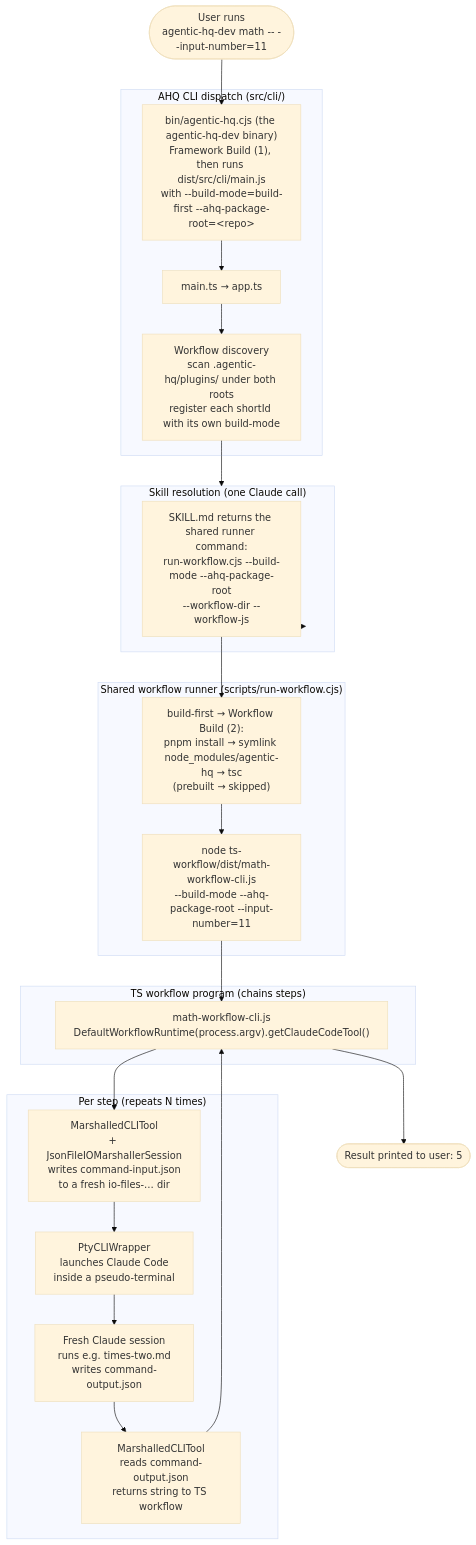
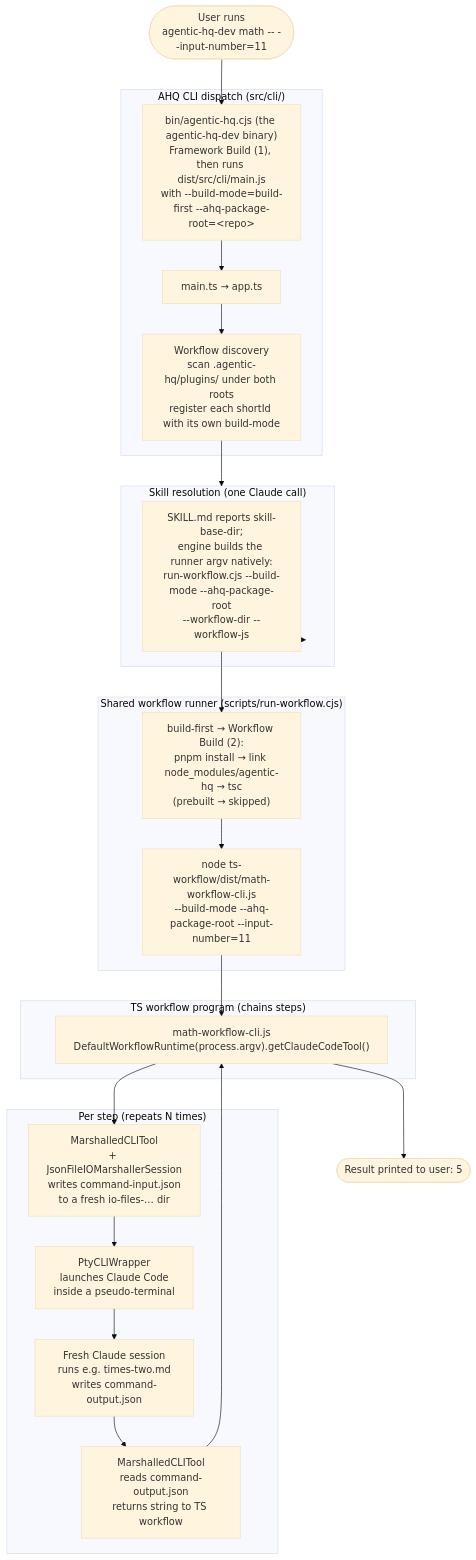
Before and after one commit to Agentic-HQ/agentic-hq: the diagram in docs/dev/how-agentic-hq-works.md, drawn with Mermaid (base theme). The commit also changed other lines of this file and 109 other files, not shown here.

````diff
--- a/docs/dev/how-agentic-hq-works.md
+++ b/docs/dev/how-agentic-hq-works.md
@@ -27,35 +27,35 @@
 ```mermaid
 flowchart TB
     User([User runs<br/>agentic-hq-dev math -- --input-number=11])
 
     subgraph CLI["AHQ CLI dispatch (src/cli/)"]
         Bin["bin/agentic-hq.cjs (the agentic-hq-dev binary)<br/>Framework Build (1), then runs dist/src/cli/main.js<br/>with --build-mode=build-first --ahq-package-root=&lt;repo&gt;"]
         Main[main.ts → app.ts]
         Discovery["Workflow discovery<br/>scan .agentic-hq/plugins/ under both roots<br/>register each shortId with its own build-mode"]
     end
 
     subgraph Resolve["Skill resolution (one Claude call)"]
-        Skill["SKILL.md returns the shared runner command:<br/>run-workflow.cjs --build-mode --ahq-package-root<br/>--workflow-dir --workflow-js"]
+        Skill["SKILL.md reports skill-base-dir;<br/>engine builds the runner argv natively:<br/>run-workflow.cjs --build-mode --ahq-package-root<br/>--workflow-dir --workflow-js"]
     end
 
     subgraph Runner["Shared workflow runner (scripts/run-workflow.cjs)"]
-        Build2["build-first → Workflow Build (2):<br/>pnpm install → symlink node_modules/agentic-hq → tsc<br/>(prebuilt → skipped)"]
+        Build2["build-first → Workflow Build (2):<br/>pnpm install → link node_modules/agentic-hq → tsc<br/>(prebuilt → skipped)"]
         Run["node ts-workflow/dist/math-workflow-cli.js<br/>--build-mode --ahq-package-root --input-number=11"]
     end
 
     subgraph Workflow["TS workflow program (chains steps)"]
         TS["math-workflow-cli.js<br/>DefaultWorkflowRuntime(process.argv).getClaudeCodeTool()"]
     end
 
     subgraph Step["Per step (repeats N times)"]
         Marshal[MarshalledCLITool<br/>+ JsonFileIOMarshallerSession<br/>writes command-input.json<br/>to a fresh io-files-… dir]
         Pty[PtyCLIWrapper<br/>launches Claude Code<br/>inside a pseudo-terminal]
         Cmd[Fresh Claude session<br/>runs e.g. times-two.md<br/>writes command-output.json]
         Read[MarshalledCLITool<br/>reads command-output.json<br/>returns string to TS workflow]
     end
 
     User --> Bin --> Main --> Discovery --> Resolve
     Resolve --> Skill --> Build2 --> Run --> TS
     TS --> Marshal --> Pty --> Cmd --> Read --> TS
     TS --> Result([Result printed to user: 5])
 ```
````
